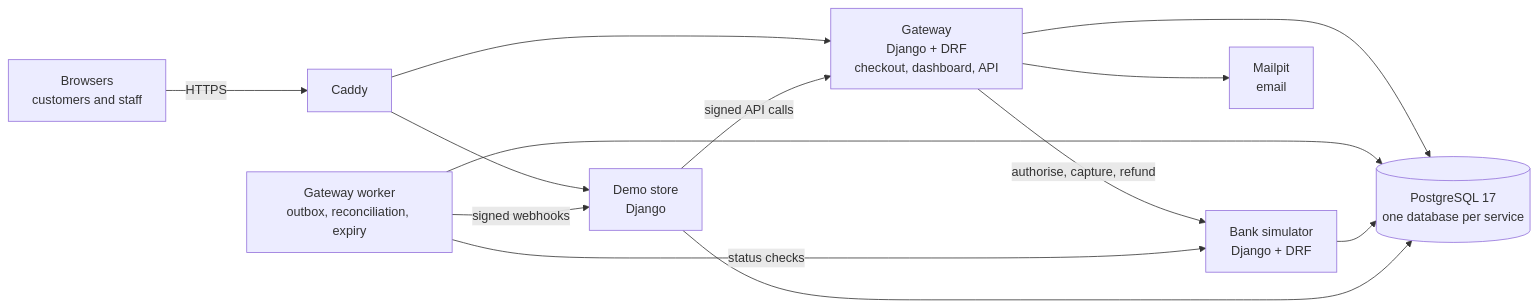
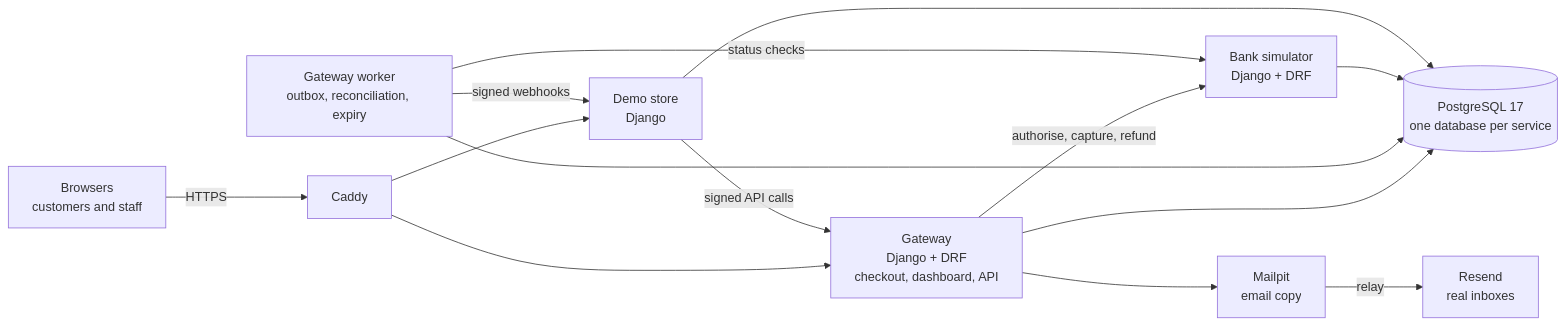
One commit to PowerPii/csit321-secure-pay changed the diagram in README.md. Above: the diagram before and after it, drawn with Mermaid. The commit also changed other lines of this file and 6 other files, not shown here.

First line of the commit message:
Docs: securepaysg.me, real email through Resend, stay on Google Cloud

````diff
--- a/README.md
+++ b/README.md
@@ -68,15 +68,15 @@
 ```mermaid
 flowchart LR
   B[Browsers<br/>customers and staff] -->|HTTPS| C[Caddy]
   C --> M[Demo store<br/>Django]
   C --> G[Gateway<br/>Django + DRF<br/>checkout, dashboard, API]
   M -->|signed API calls| G
   G -->|authorise, capture, refund| S[Bank simulator<br/>Django + DRF]
   W[Gateway worker<br/>outbox, reconciliation, expiry] -->|signed webhooks| M
   W -->|status checks| S
   G --> P[(PostgreSQL 17<br/>one database per service)]
   W --> P
   S --> P
   M --> P
-  G --> E[Mailpit<br/>email]
+  G --> E[Mailpit<br/>email copy] -->|relay| R[Resend<br/>real inboxes]
 ```
````
